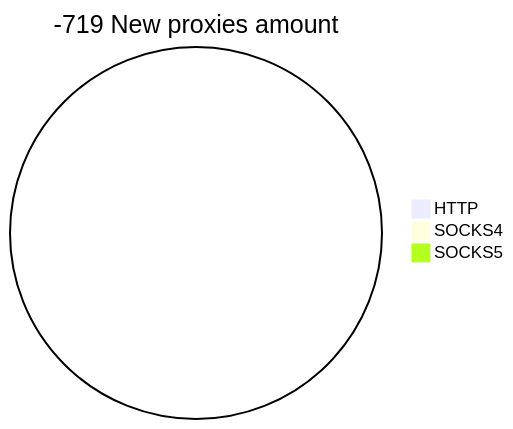
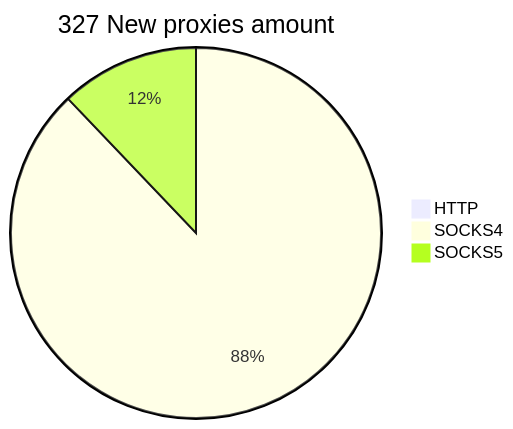
One commit to cutipu/proxylist changed the second of 2 diagrams in README.md. Above: the diagram before and after it, drawn with Mermaid. The commit also changed other lines of this file, not shown here.

````diff
--- a/README.md
+++ b/README.md
@@ -10,6 +10,6 @@
 ```mermaid
-pie title -719 New proxies amount
+pie title 327 New proxies amount
     "HTTP" : 0
-    "SOCKS4" : 0
-    "SOCKS5" : 0
+    "SOCKS4" : 631
+    "SOCKS5" : 87
 ```
````
